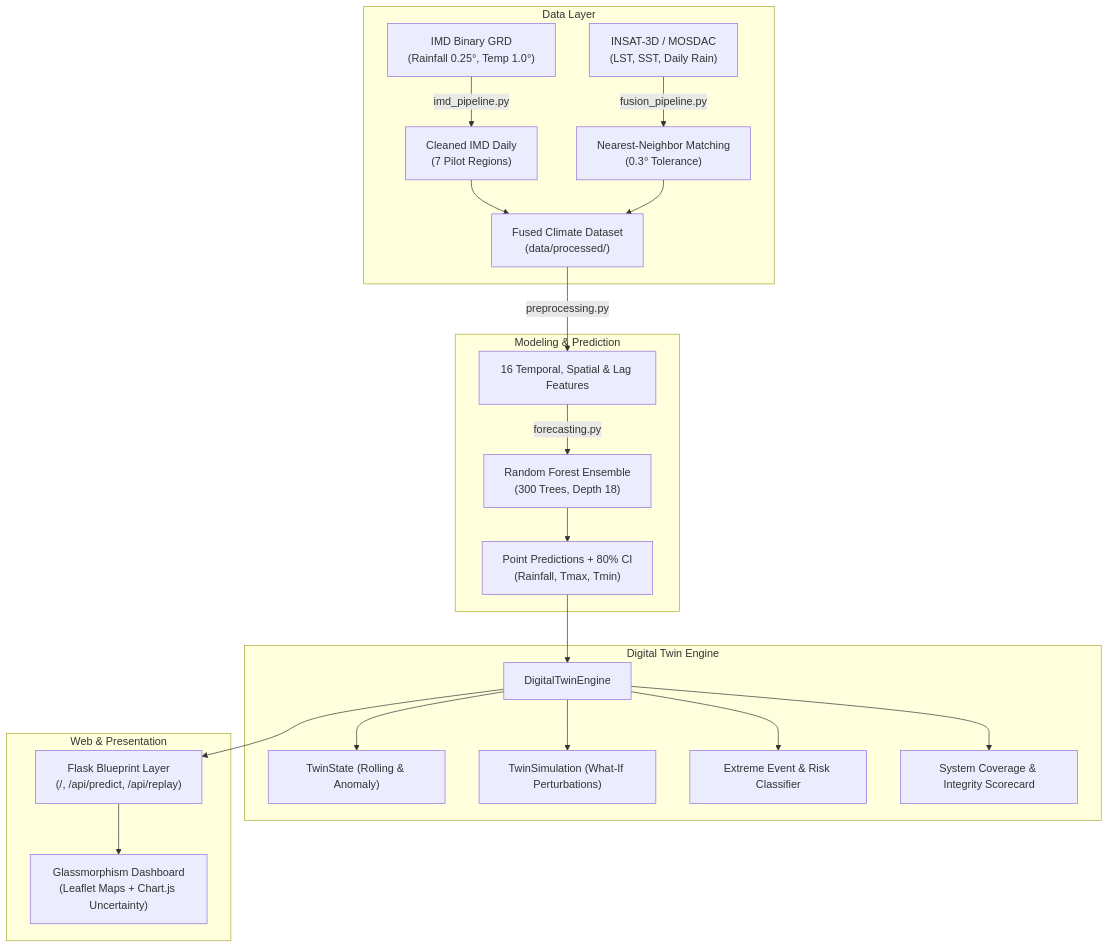
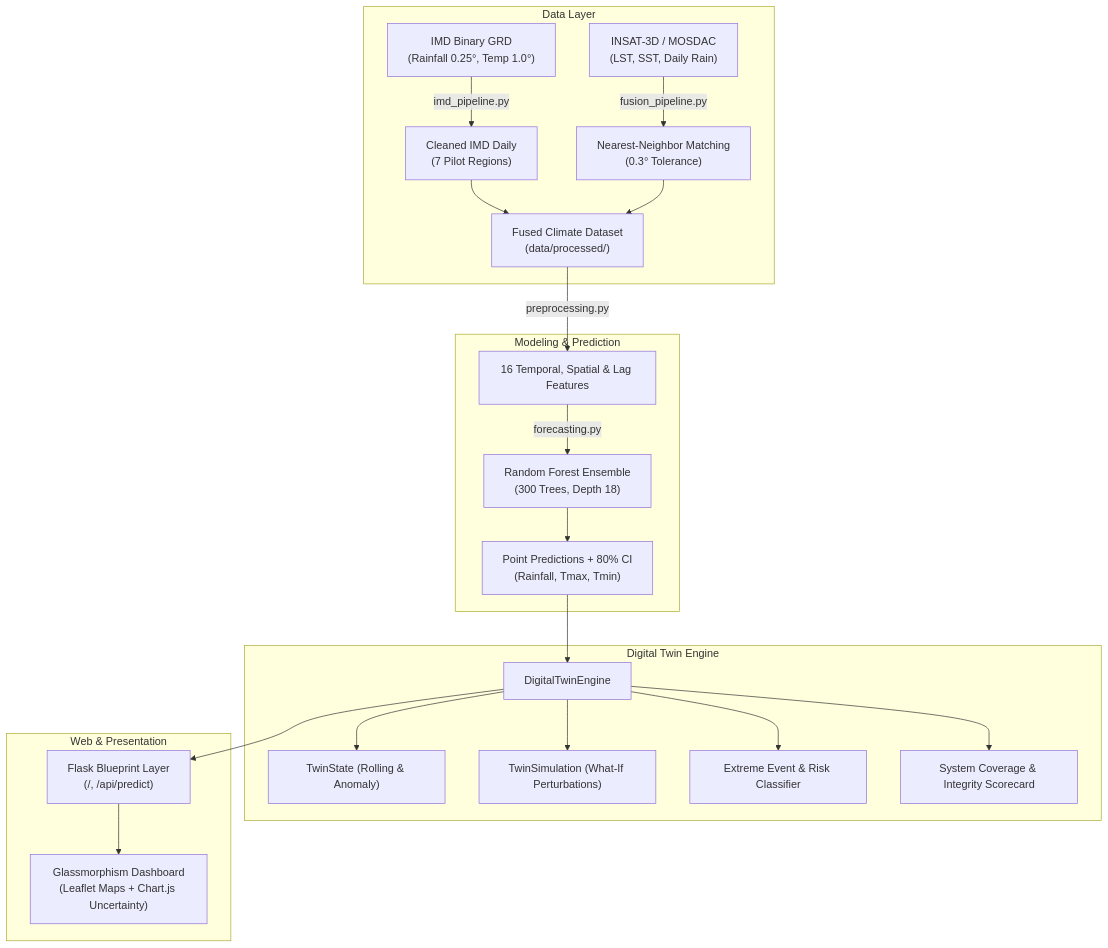
One commit to abhijitjawale09/sky-mirror-india changed the diagram in README.md. Above: the diagram before and after it, drawn with Mermaid. The commit also changed other lines of this file and 8 other files, not shown here.

````diff
--- a/README.md
+++ b/README.md
@@ -20,29 +19,29 @@
 ```mermaid
 graph TD
     subgraph Data Layer
         IMD_GRD["IMD Binary GRD\n(Rainfall 0.25°, Temp 1.0°)"]
         INSAT_HDF["INSAT-3D / MOSDAC\n(LST, SST, Daily Rain)"]
         IMD_GRD -->|imd_pipeline.py| IMD_CLEAN["Cleaned IMD Daily\n(7 Pilot Regions)"]
         INSAT_HDF -->|fusion_pipeline.py| INSAT_CLEAN["Nearest-Neighbor Matching\n(0.3° Tolerance)"]
         IMD_CLEAN & INSAT_CLEAN --> FUSED["Fused Climate Dataset\n(data/processed/)"]
     end
 
     subgraph Modeling & Prediction
         FUSED -->|preprocessing.py| FEATURES["16 Temporal, Spatial & Lag Features"]
         FEATURES -->|forecasting.py| RF["Random Forest Ensemble\n(300 Trees, Depth 18)"]
         RF --> FORECAST["Point Predictions + 80% CI\n(Rainfall, Tmax, Tmin)"]
     end
 
     subgraph Digital Twin Engine
         FORECAST --> DTE["DigitalTwinEngine"]
         DTE --> TWIN_STATE["TwinState (Rolling & Anomaly)"]
         DTE --> SIMULATION["TwinSimulation (What-If Perturbations)"]
         DTE --> HAZARDS["Extreme Event & Risk Classifier"]
         DTE --> SCORECARD["System Coverage & Integrity Scorecard"]
     end
 
     subgraph Web & Presentation
-        DTE --> FLASK["Flask Blueprint Layer\n(/, /api/predict, /api/replay)"]
+        DTE --> FLASK["Flask Blueprint Layer\n(/, /api/predict)"]
         FLASK --> DASHBOARD["Glassmorphism Dashboard\n(Leaflet Maps + Chart.js Uncertainty)"]
     end
 ```
````
